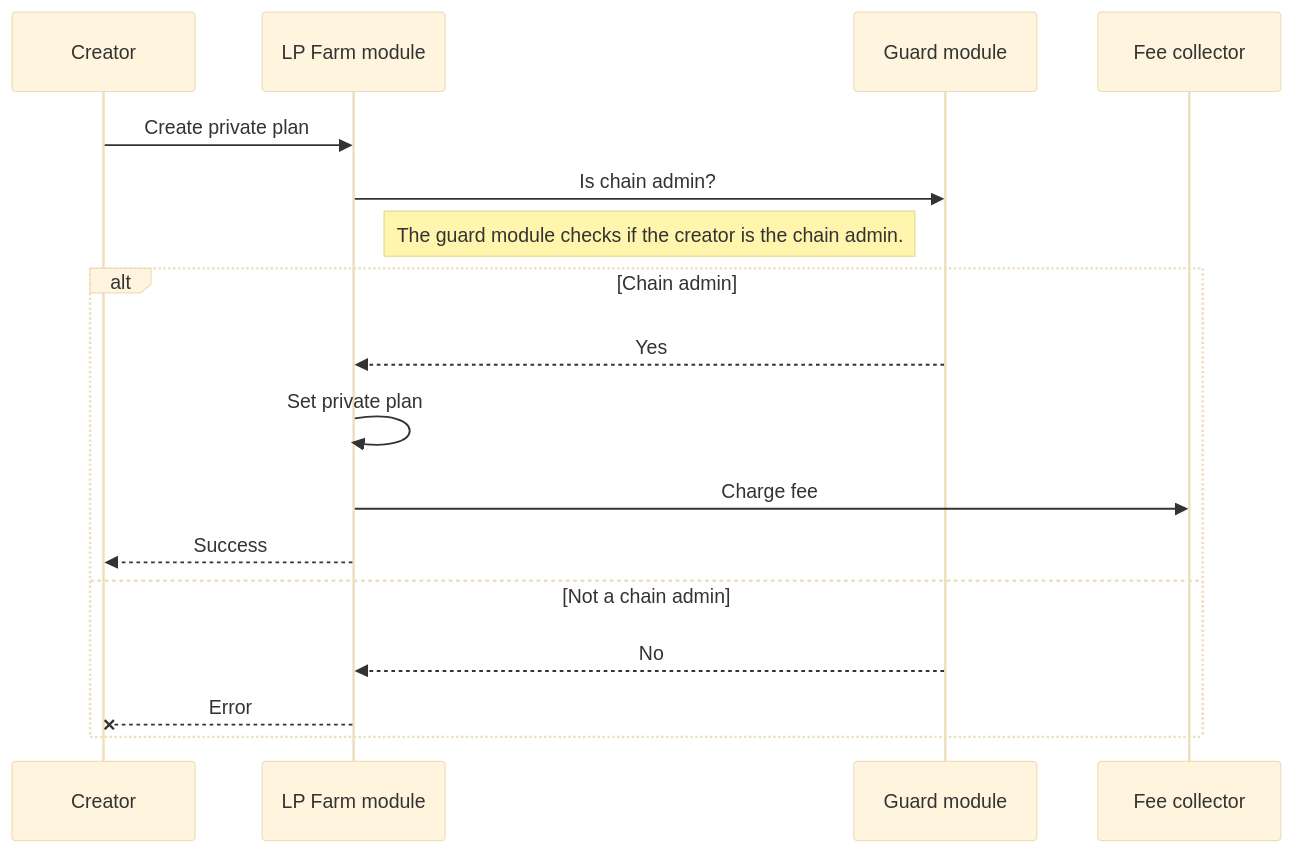
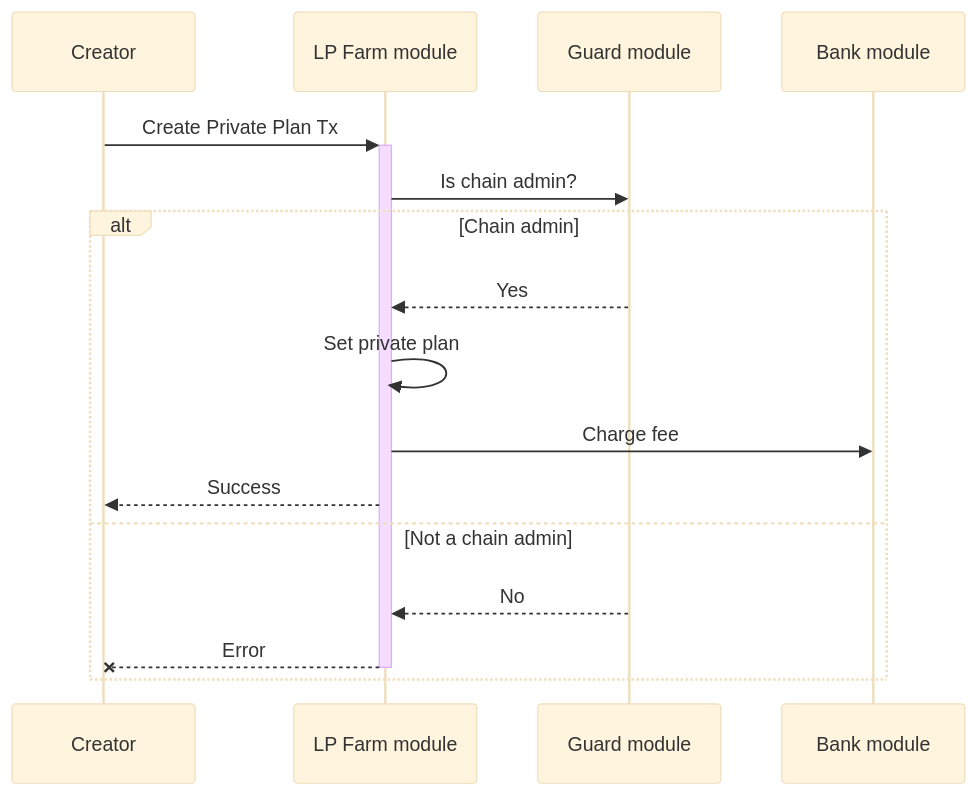
Before and after one commit to MANTRA-Chain/mantrachain: the first of 5 diagrams in x/lpfarm/spec/07_txs_flows.md, drawn with Mermaid (base theme). The commit also changed other lines of this file and 12 other files, not shown here.

Commit message:
docs: add update txs flows docs

````diff
--- a/x/lpfarm/spec/07_txs_flows.md
+++ b/x/lpfarm/spec/07_txs_flows.md
@@ -7,15 +7,14 @@
 ```mermaid
 sequenceDiagram
-Creator ->> LP Farm module: Create private plan
+Creator->>+LP Farm module: Create Private Plan Tx
 LP Farm module->>Guard module: Is chain admin?
-Note left of Guard module: The guard module checks if the creator is the chain admin.
 alt Chain admin
   Guard module-->>LP Farm module: Yes
   LP Farm module->>LP Farm module: Set private plan
-  LP Farm module->>Fee collector: Charge fee
-  LP Farm module-->> Creator: Success
+  LP Farm module->>Bank module: Charge fee
+  LP Farm module-->>Creator: Success
 else Not a chain admin
   Guard module-->>LP Farm module: No
-  LP Farm module--x Creator: Error
+  LP Farm module--x-Creator: Error
 end
 ```
````
